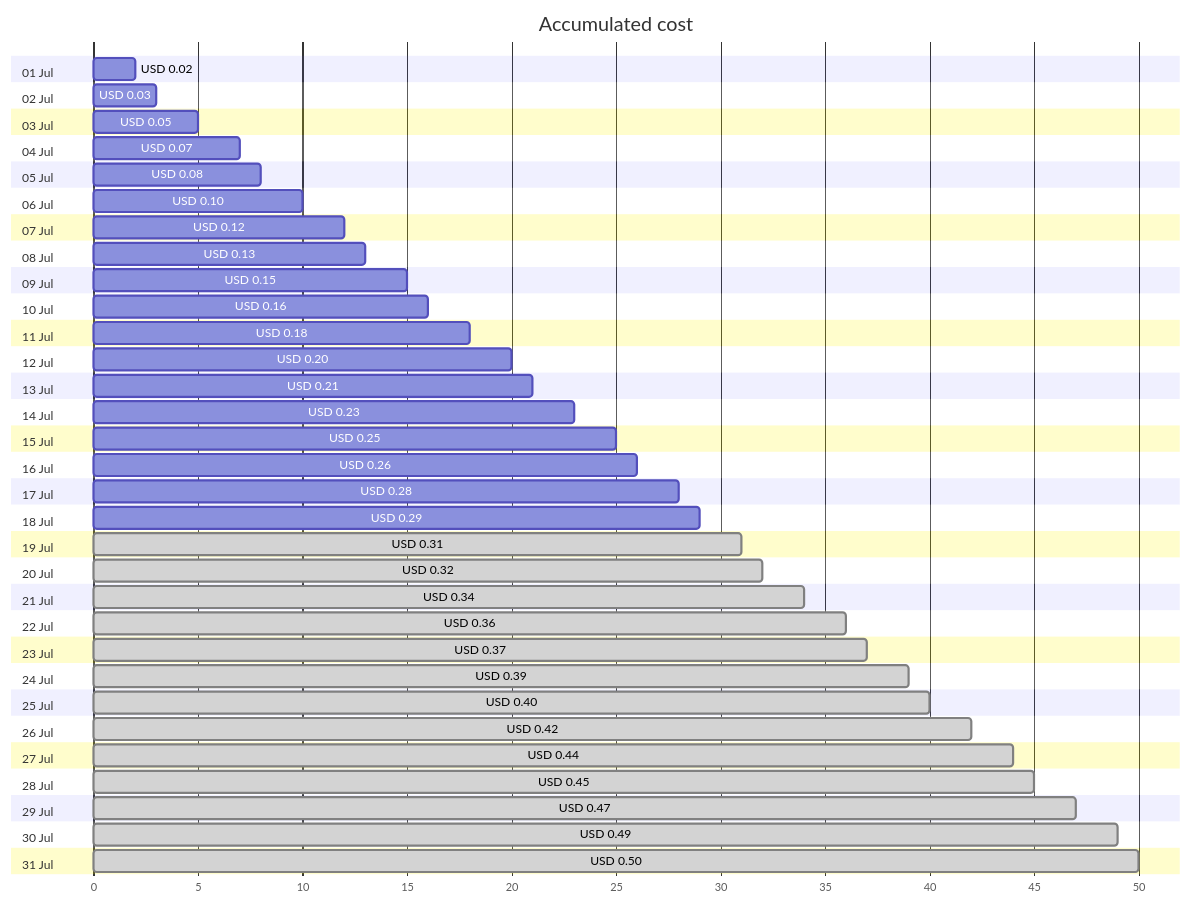
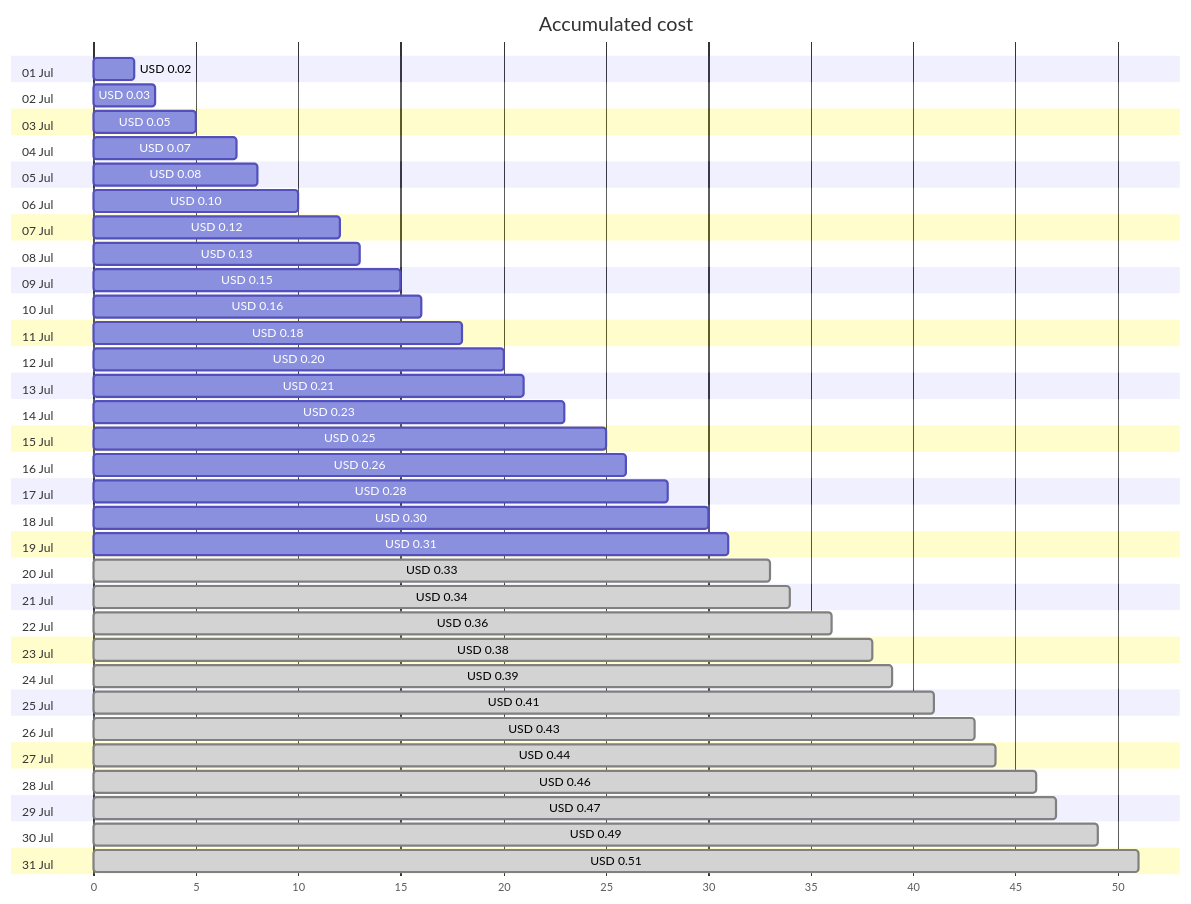
The first of 4 diagrams in cost-reports/personal-dns/jpatrickfulton.com.md (jpfulton/azure-personal-reports), drawn with Mermaid before and after one commit. The commit also changed other lines of this file and 2 other files, not shown here.

````diff
--- a/cost-reports/personal-dns/jpatrickfulton.com.md
+++ b/cost-reports/personal-dns/jpatrickfulton.com.md
@@ -20,68 +20,68 @@
 ```mermaid
 gantt
    title Accumulated cost
    dateFormat  X
    axisFormat %s
    section 01 Jul
    USD 0.02 :0, 2
    section 02 Jul
    USD 0.03 :0, 3
    section 03 Jul
    USD 0.05 :0, 5
    section 04 Jul
    USD 0.07 :0, 7
    section 05 Jul
    USD 0.08 :0, 8
    section 06 Jul
    USD 0.10 :0, 10
    section 07 Jul
    USD 0.12 :0, 12
    section 08 Jul
    USD 0.13 :0, 13
    section 09 Jul
    USD 0.15 :0, 15
    section 10 Jul
    USD 0.16 :0, 16
    section 11 Jul
    USD 0.18 :0, 18
    section 12 Jul
    USD 0.20 :0, 20
    section 13 Jul
    USD 0.21 :0, 21
    section 14 Jul
    USD 0.23 :0, 23
    section 15 Jul
    USD 0.25 :0, 25
    section 16 Jul
    USD 0.26 :0, 26
    section 17 Jul
    USD 0.28 :0, 28
    section 18 Jul
-   USD 0.29 :0, 29
+   USD 0.30 :0, 30
    section 19 Jul
-   USD 0.31 : done, 0, 31
+   USD 0.31 :0, 31
    section 20 Jul
-   USD 0.32 : done, 0, 32
+   USD 0.33 : done, 0, 33
    section 21 Jul
    USD 0.34 : done, 0, 34
    section 22 Jul
    USD 0.36 : done, 0, 36
    section 23 Jul
-   USD 0.37 : done, 0, 37
+   USD 0.38 : done, 0, 38
    section 24 Jul
    USD 0.39 : done, 0, 39
    section 25 Jul
-   USD 0.40 : done, 0, 40
+   USD 0.41 : done, 0, 41
    section 26 Jul
-   USD 0.42 : done, 0, 42
+   USD 0.43 : done, 0, 43
    section 27 Jul
    USD 0.44 : done, 0, 44
    section 28 Jul
-   USD 0.45 : done, 0, 45
+   USD 0.46 : done, 0, 46
    section 29 Jul
    USD 0.47 : done, 0, 47
    section 30 Jul
    USD 0.49 : done, 0, 49
    section 31 Jul
-   USD 0.50 : done, 0, 50
+   USD 0.51 : done, 0, 51
 ```
````
